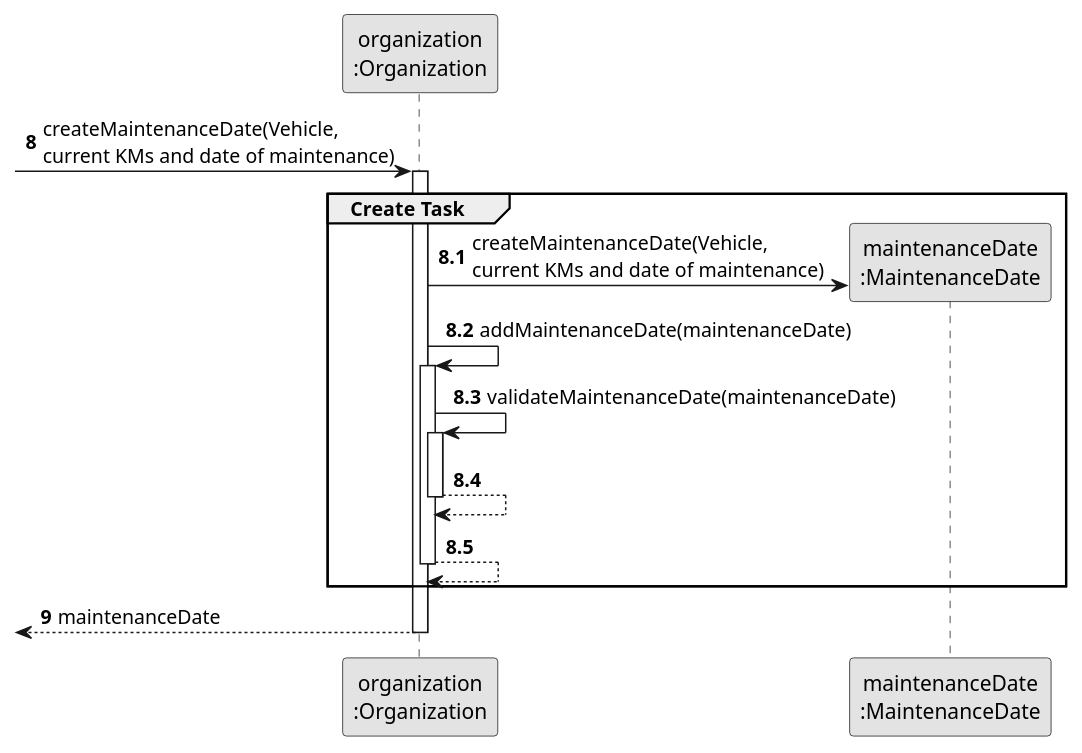
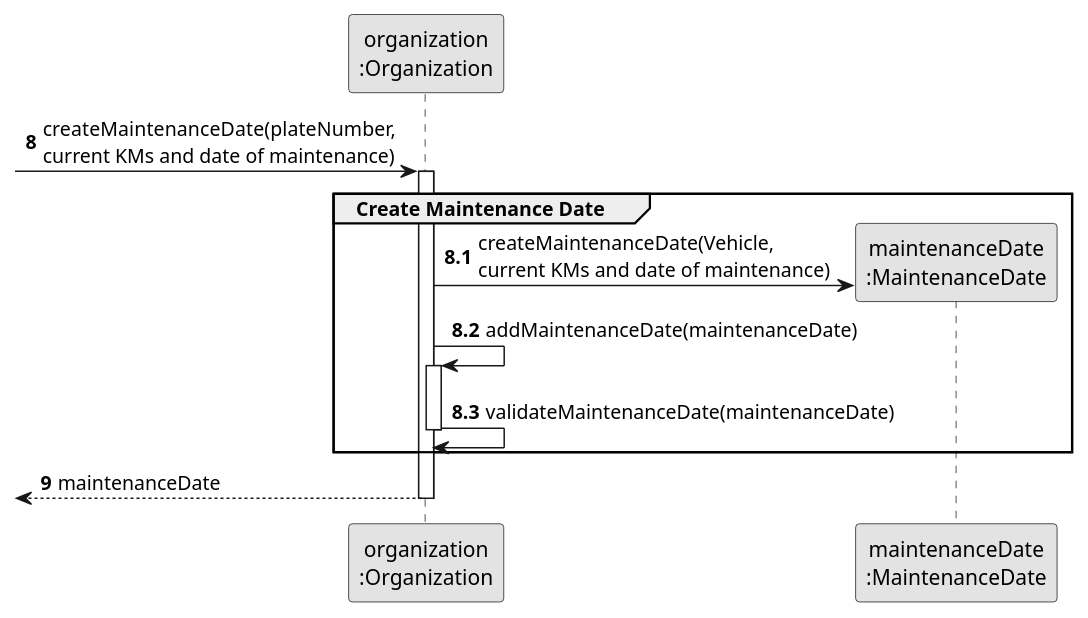
One commit to tiagosoa/lei-24-s2-1dgh-g073 changed the diagram in docs/sprint2/us007/03.design/puml/us007-sequence-diagram-partial-create-MaintenanceDate.puml. Above: the diagram before and after it, drawn with PlantUML. The commit also changed 40 other files, not shown here.

```diff
--- a/docs/sprint2/us007/03.design/puml/us007-sequence-diagram-partial-create-MaintenanceDate.puml
+++ b/docs/sprint2/us007/03.design/puml/us007-sequence-diagram-partial-create-MaintenanceDate.puml
@@ -1,36 +1,31 @@
 @startuml
 skinparam monochrome true
 skinparam packageStyle rectangle
 skinparam shadowing false
 
 participant "organization\n:Organization" as ORG
 participant "maintenanceDate\n:MaintenanceDate" as DATE
 autonumber 8
--> ORG: createMaintenanceDate(Vehicle, \ncurrent KMs and date of maintenance)
+-> ORG: createMaintenanceDate(plateNumber, \ncurrent KMs and date of maintenance)
 
 autonumber 8.1
 activate ORG
-    group Create Task
+    group Create Maintenance Date
 
         ORG -> DATE**: createMaintenanceDate(Vehicle, \ncurrent KMs and date of maintenance)
         ORG -> ORG: addMaintenanceDate(maintenanceDate)
 
 
                         activate ORG
                             ORG -> ORG: validateMaintenanceDate(maintenanceDate)
-                            activate ORG
-                                ORG --> ORG
                             deactivate ORG
-
-                            ORG --> ORG
-                        deactivate ORG
 
 
     end
 
     autonumber 9
     <-- ORG : maintenanceDate
 deactivate ORG
 
 
 @enduml
```
